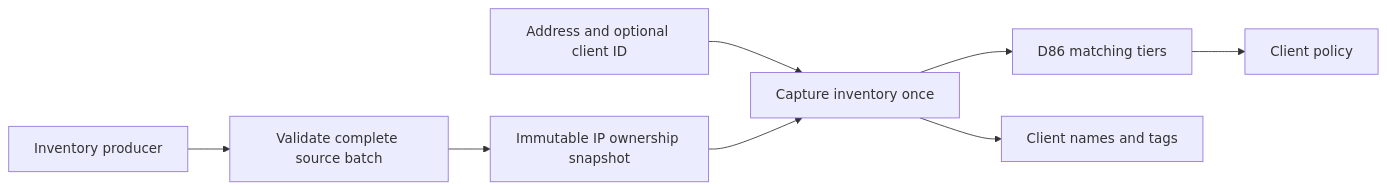
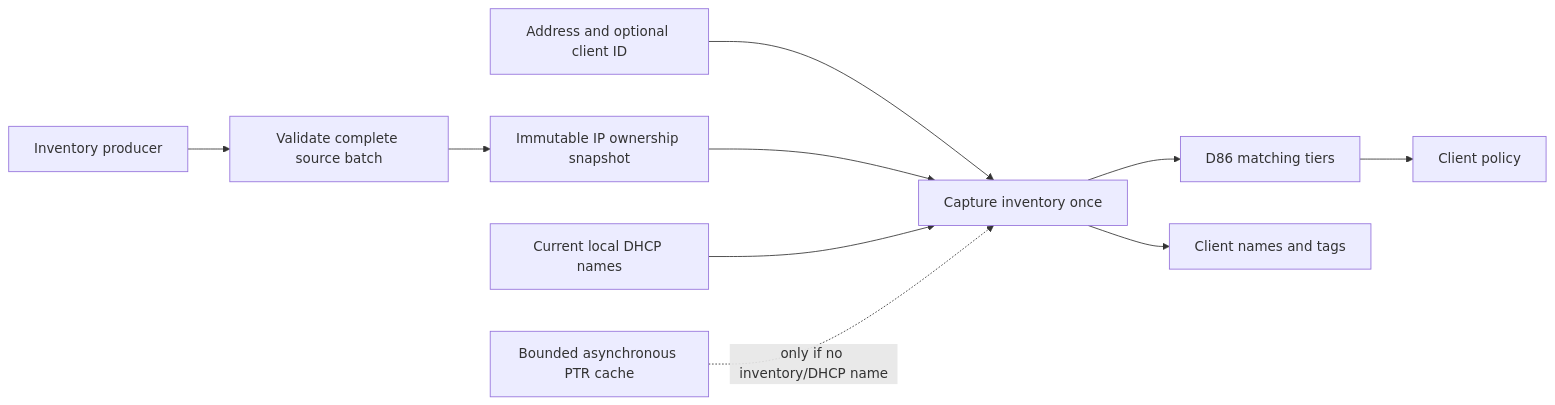
Before and after one commit to robertherbaugh/kudurru: the sixth of 6 diagrams in docs/architecture/policies-and-blocking.md, drawn with Mermaid. The commit also changed other lines of this file and 12 other files, not shown here.

Commit message:
feat(identity): add bounded asynchronous PTR name fallback

````diff
--- a/docs/architecture/policies-and-blocking.md
+++ b/docs/architecture/policies-and-blocking.md
@@ -283,10 +283,12 @@
 ```mermaid
 flowchart LR
     provider["Inventory producer"] --> batch["Validate complete source batch"]
     batch --> snapshot["Immutable IP ownership snapshot"]
     transport["Address and optional client ID"] --> identify["Capture inventory once"]
     snapshot --> identify
+    dhcp["Current local DHCP names"] --> identify
+    ptr["Bounded asynchronous PTR cache"] -. "only if no inventory/DHCP name" .-> identify
     identify --> tiers["D86 matching tiers"]
     tiers --> policy["Client policy"]
     identify --> modifiers["Client names and tags"]
 ```
````
